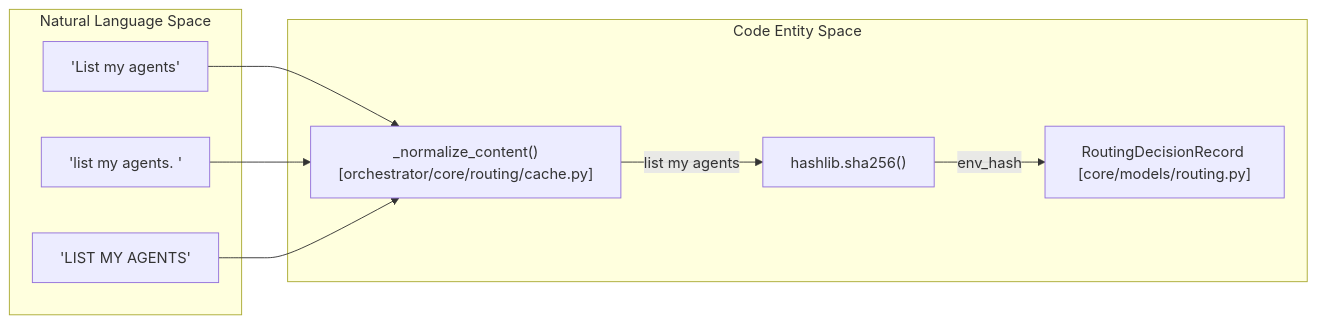
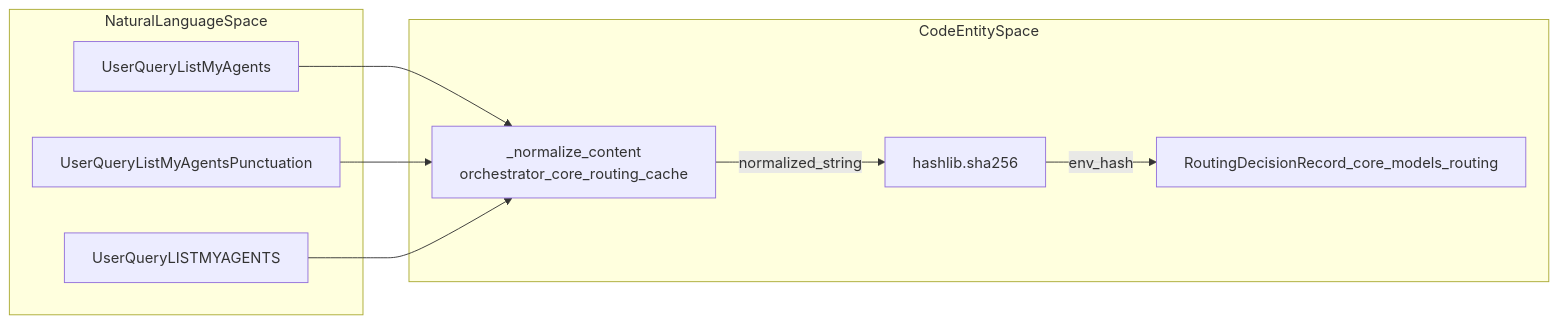
Before and after one commit to AutomatosAI/automatos-ai: the second of 4 diagrams in docs/universal-router/tier-1-cache-lookup.md, drawn with Mermaid. The commit also changed other lines of this file and 191 other files, not shown here.

````diff
--- a/docs/universal-router/tier-1-cache-lookup.md
+++ b/docs/universal-router/tier-1-cache-lookup.md
@@ -77,20 +84,20 @@
 ```mermaid
 graph LR
-    subgraph "Natural Language Space"
-        Input1["'List my agents'"]
-        Input2["'list my agents. '"]
-        Input3["'LIST MY AGENTS'"]
+    subgraph NaturalLanguageSpace
+        Input1["UserQueryListMyAgents"]
+        Input2["UserQueryListMyAgentsPunctuation"]
+        Input3["UserQueryLISTMYAGENTS"]
     end
 
-    subgraph "Code Entity Space"
-        Normalize["_normalize_content()<br/>[orchestrator/core/routing/cache.py]"]
-        Hash["hashlib.sha256()"]
-        Decision["RoutingDecisionRecord [core/models/routing.py]"]
+    subgraph CodeEntitySpace
+        Normalize["_normalize_content<br/>orchestrator_core_routing_cache"]
+        Hash["hashlib.sha256"]
+        Decision["RoutingDecisionRecord_core_models_routing"]
     end
 
     Input1 --> Normalize
     Input2 --> Normalize
     Input3 --> Normalize
-    Normalize -->|"list my agents"| Hash
+    Normalize -->|"normalized_string"| Hash
     Hash -->|"env_hash"| Decision
 ```
````
